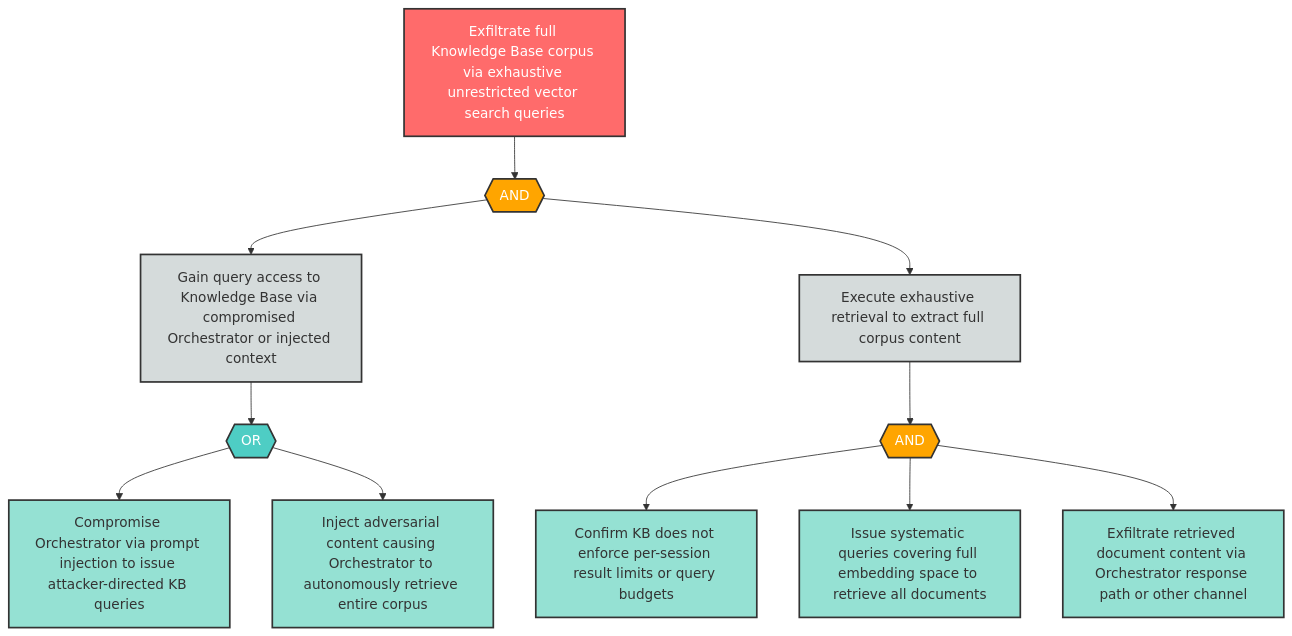
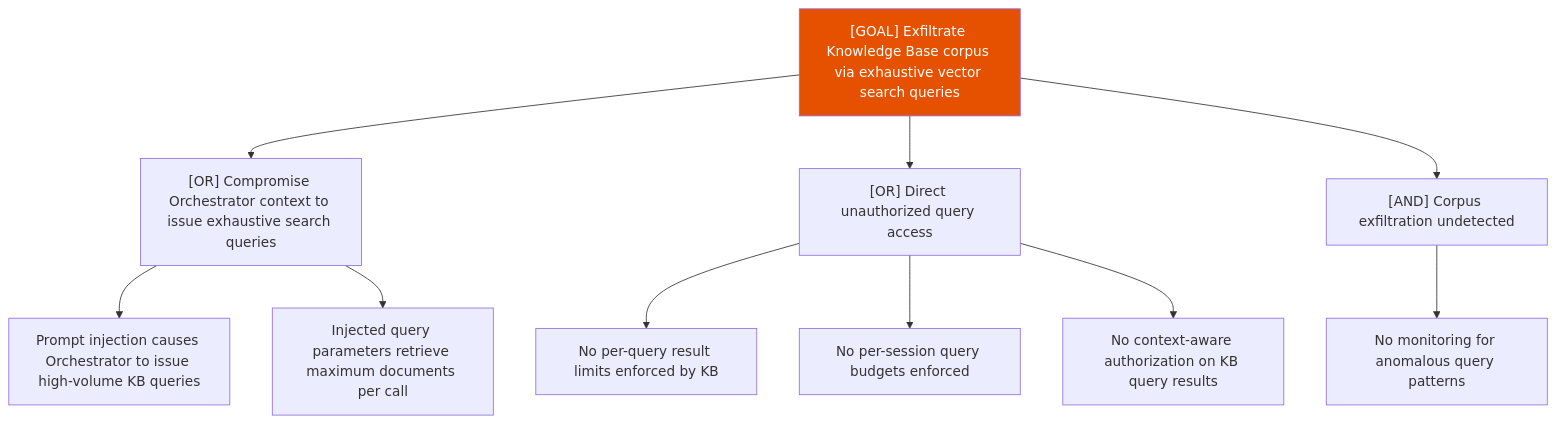
The diagram in examples/agentic-app/sample-report/attack-trees/i-6-attack-tree.md (q-qp-p/davidmatousek-tachi), drawn with Mermaid before and after one commit. The commit also changed other lines of this file and 132 other files, not shown here.

````diff
--- a/examples/agentic-app/sample-report/attack-trees/i-6-attack-tree.md
+++ b/examples/agentic-app/sample-report/attack-trees/i-6-attack-tree.md
@@ -8,37 +7,15 @@
 ```mermaid
-flowchart TD
-    I6_root["Exfiltrate full Knowledge Base corpus via exhaustive unrestricted vector search queries"]
-    I6_and1{{"AND"}}
-    I6_sub1["Gain query access to Knowledge Base via compromised Orchestrator or injected context"]
-    I6_sub2["Execute exhaustive retrieval to extract full corpus content"]
-    I6_or1{{"OR"}}
-    I6_leaf1["Compromise Orchestrator via prompt injection to issue attacker-directed KB queries"]
-    I6_leaf2["Inject adversarial content causing Orchestrator to autonomously retrieve entire corpus"]
-    I6_and2{{"AND"}}
-    I6_leaf3["Confirm KB does not enforce per-session result limits or query budgets"]
-    I6_leaf4["Issue systematic queries covering full embedding space to retrieve all documents"]
-    I6_leaf5["Exfiltrate retrieved document content via Orchestrator response path or other channel"]
-
-    I6_root --> I6_and1
-    I6_and1 --> I6_sub1
-    I6_and1 --> I6_sub2
-    I6_sub1 --> I6_or1
-    I6_or1 --> I6_leaf1
-    I6_or1 --> I6_leaf2
-    I6_sub2 --> I6_and2
-    I6_and2 --> I6_leaf3
-    I6_and2 --> I6_leaf4
-    I6_and2 --> I6_leaf5
-
-    classDef goal fill:#ff6b6b,stroke:#333,stroke-width:2px,color:#fff
-    classDef andGate fill:#ffa500,stroke:#333,stroke-width:2px,color:#fff
-    classDef orGate fill:#4ecdc4,stroke:#333,stroke-width:2px,color:#fff
-    classDef subGoal fill:#d5dbdb,stroke:#333,stroke-width:2px,color:#333
-    classDef leaf fill:#95e1d3,stroke:#333,stroke-width:2px,color:#333
-
-    class I6_root goal
-    class I6_and1,I6_and2 andGate
-    class I6_or1 orGate
-    class I6_sub1,I6_sub2 subGoal
-    class I6_leaf1,I6_leaf2,I6_leaf3,I6_leaf4,I6_leaf5 leaf
+graph TD
+    Goal["[GOAL] Exfiltrate Knowledge Base corpus via exhaustive vector search queries"]
+    Goal --> A["[OR] Compromise Orchestrator context to issue exhaustive search queries"]
+    A --> A1["Prompt injection causes Orchestrator to issue high-volume KB queries"]
+    A --> A2["Injected query parameters retrieve maximum documents per call"]
+    Goal --> B["[OR] Direct unauthorized query access"]
+    B --> B1["No per-query result limits enforced by KB"]
+    B --> B2["No per-session query budgets enforced"]
+    B --> B3["No context-aware authorization on KB query results"]
+    Goal --> C["[AND] Corpus exfiltration undetected"]
+    C --> C1["No monitoring for anomalous query patterns"]
+    classDef high fill:#e65100,color:#fff
+    class Goal high
 ```
````
